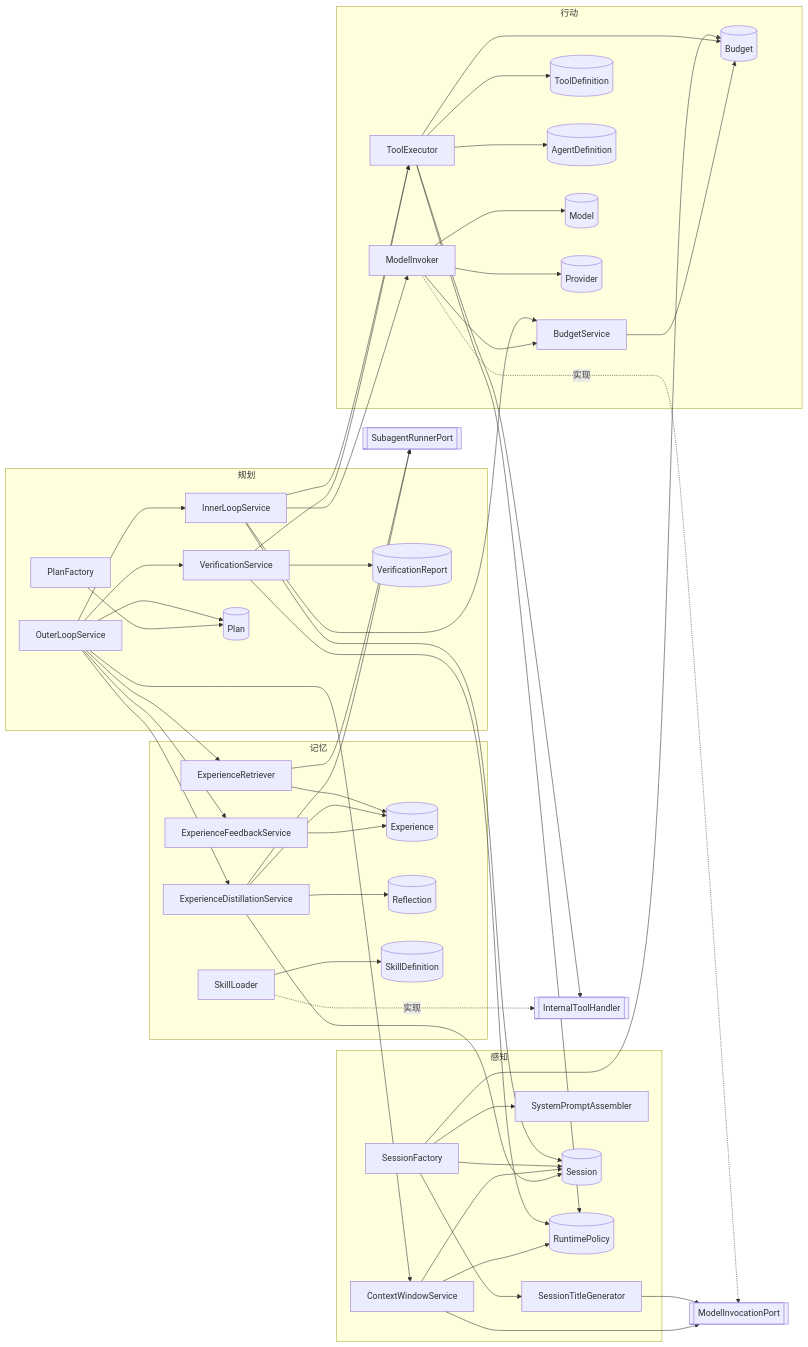
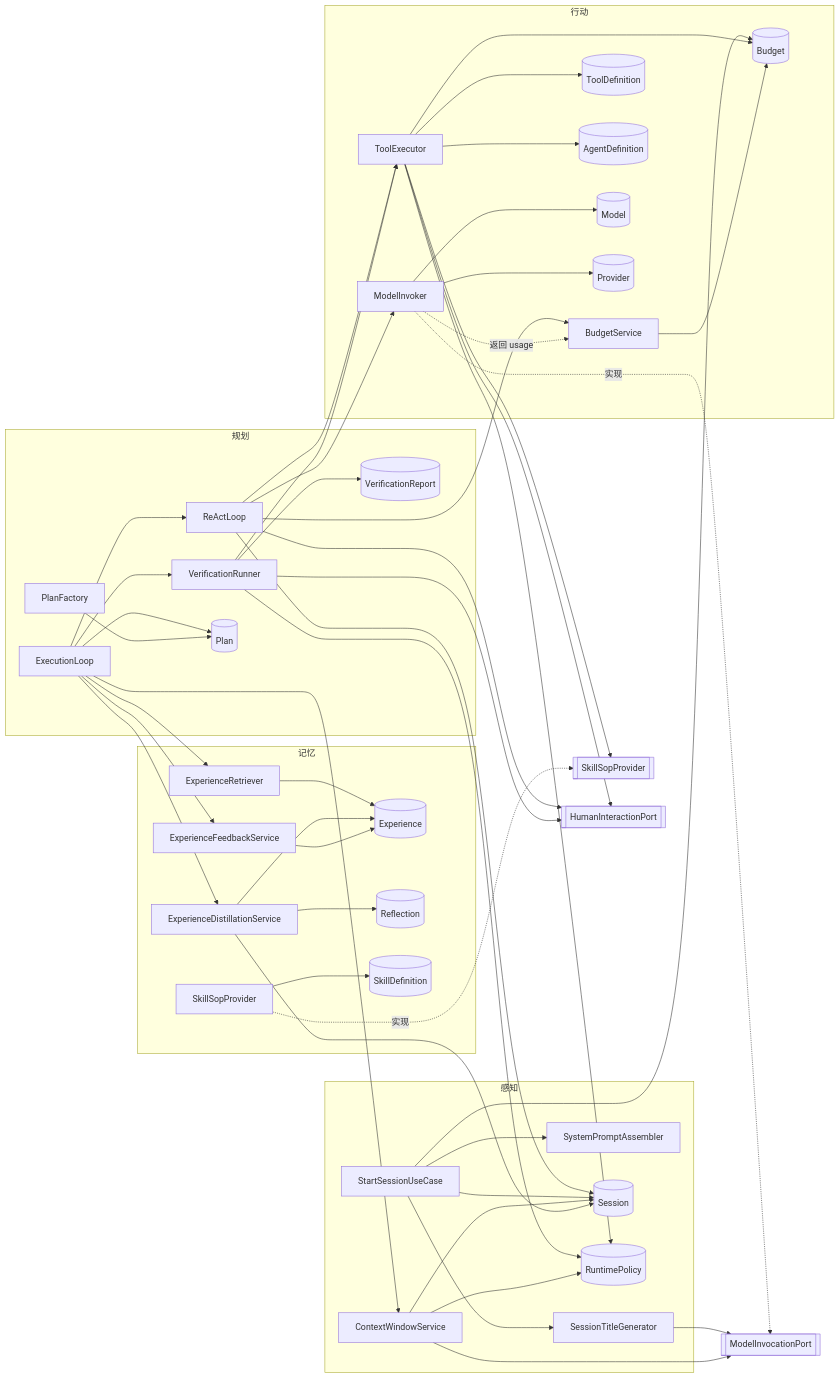
One commit to zcd0831/Jellyfish-Docs changed the second of 4 diagrams in model/模型图.md. Above: the diagram before and after it, drawn with Mermaid. The commit also changed other lines of this file and 9 other files, not shown here.

````diff
--- a/model/模型图.md
+++ b/model/模型图.md
@@ -661,7 +660,7 @@
 ```mermaid
 flowchart LR
     subgraph 感知
-        SF[SessionFactory]
+        SF[StartSessionUseCase]
         TG[SessionTitleGenerator]
         SA[SystemPromptAssembler]
         CW[ContextWindowService]
@@ -681,9 +680,9 @@
     end
 
     subgraph 规划
-        OL[OuterLoopService]
-        IL[InnerLoopService]
-        VS[VerificationService]
+        OL[ExecutionLoop]
+        IL[ReActLoop]
+        VS[VerificationRunner]
         PF[PlanFactory]
         P[(Plan)]
         VR[(VerificationReport)]
@@ -693,15 +692,15 @@
         R[ExperienceRetriever]
         DS[ExperienceDistillationService]
         FB[ExperienceFeedbackService]
-        SL[SkillLoader]
+        SL[SkillSopProvider]
         E[(Experience)]
         RF[(Reflection)]
         SK[(SkillDefinition)]
     end
 
     P1[[ModelInvocationPort]]
-    P2[[InternalToolHandler]]
-    P3[[SubagentRunnerPort]]
+    P2[[SkillSopProvider]]
+    P3[[HumanInteractionPort]]
 
     OL --> CW
     OL --> IL
@@ -714,9 +713,11 @@
     IL --> TE
     IL --> MI
     IL --> BS
+    IL --> P3
     VS --> VR
     VS --> RP
     VS --> TE
+    VS --> P3
     PF --> P
 
     SF --> S
@@ -733,18 +734,17 @@
     TE --> RP
     TE --> BU
     TE --> P2
+    TE --> P3
     MI -.实现.-> P1
     MI --> MD
     MI --> PV
-    MI --> BS
+    MI -.返回 usage.-> BS
     BS --> BU
     SL -.实现.-> P2
     SL --> SK
     R --> E
-    R --> P3
     DS --> E
     DS --> RF
     DS --> S
-    DS --> P3
     FB --> E
 ```
````
